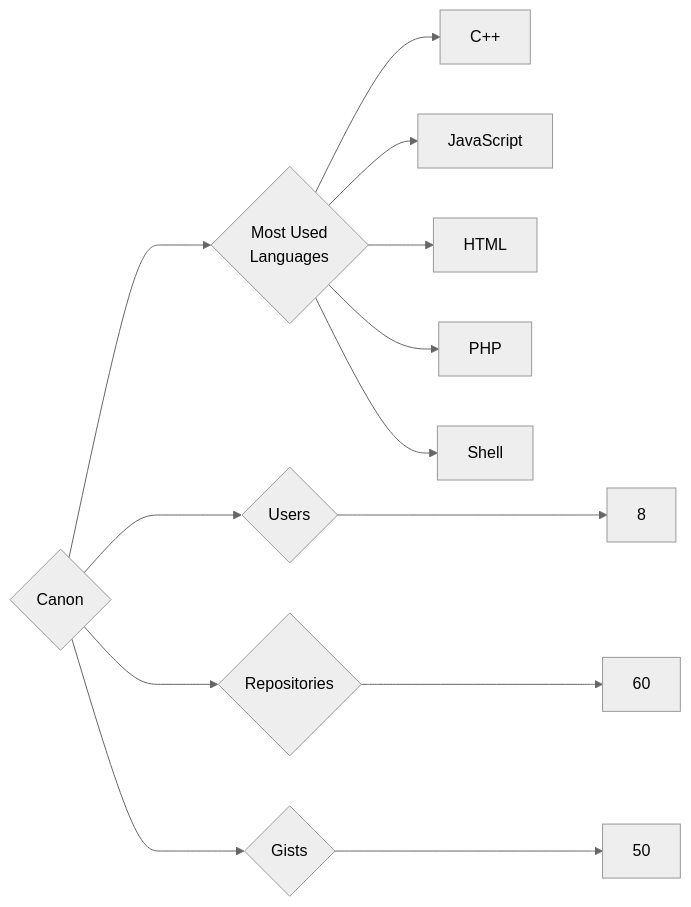
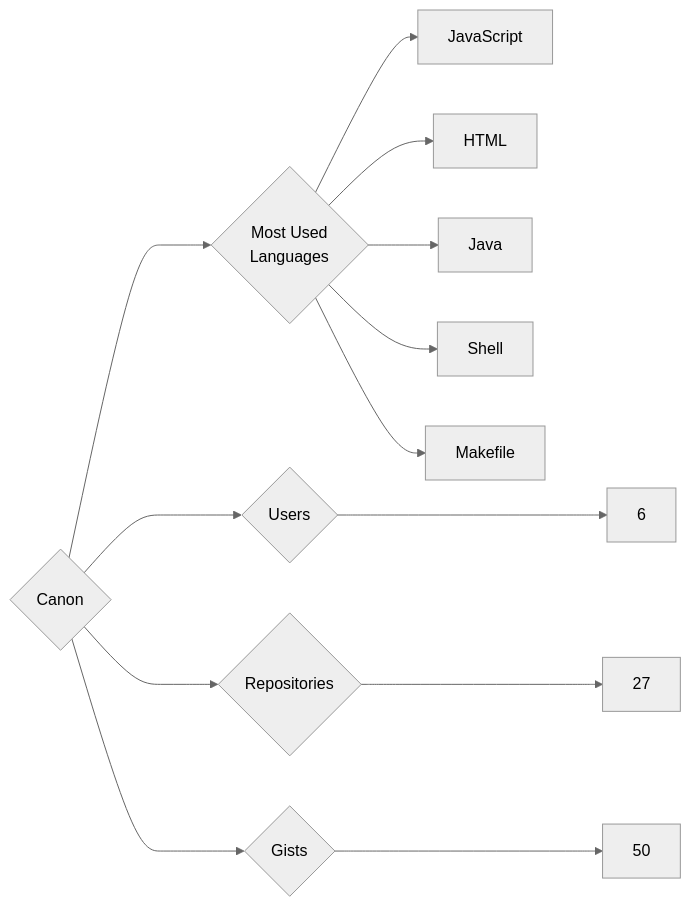
The diagram in targets/Canon/README.md (trickest/insiders), drawn with Mermaid (neutral theme) before and after one commit. The commit also changed 783 other files, not shown here.

````diff
--- a/targets/Canon/README.md
+++ b/targets/Canon/README.md
@@ -3,13 +3,13 @@
 ```mermaid
 graph LR
 COMPANY_NAME{Canon}
-COMPANY_NAME ---> U{Users} ---> UN[8]
-COMPANY_NAME ---> R{Repositories} ---> RN[60]
+COMPANY_NAME ---> U{Users} ---> UN[6]
+COMPANY_NAME ---> R{Repositories} ---> RN[27]
 COMPANY_NAME ---> G{Gists} ---> GN[50]
 COMPANY_NAME ---> ML{Most Used<br>Languages}
-ML --> C++[C++]
 ML --> JavaScript[JavaScript]
 ML --> HTML[HTML]
-ML --> PHP[PHP]
+ML --> Java[Java]
 ML --> Shell[Shell]
+ML --> Makefile[Makefile]
 ```
````
